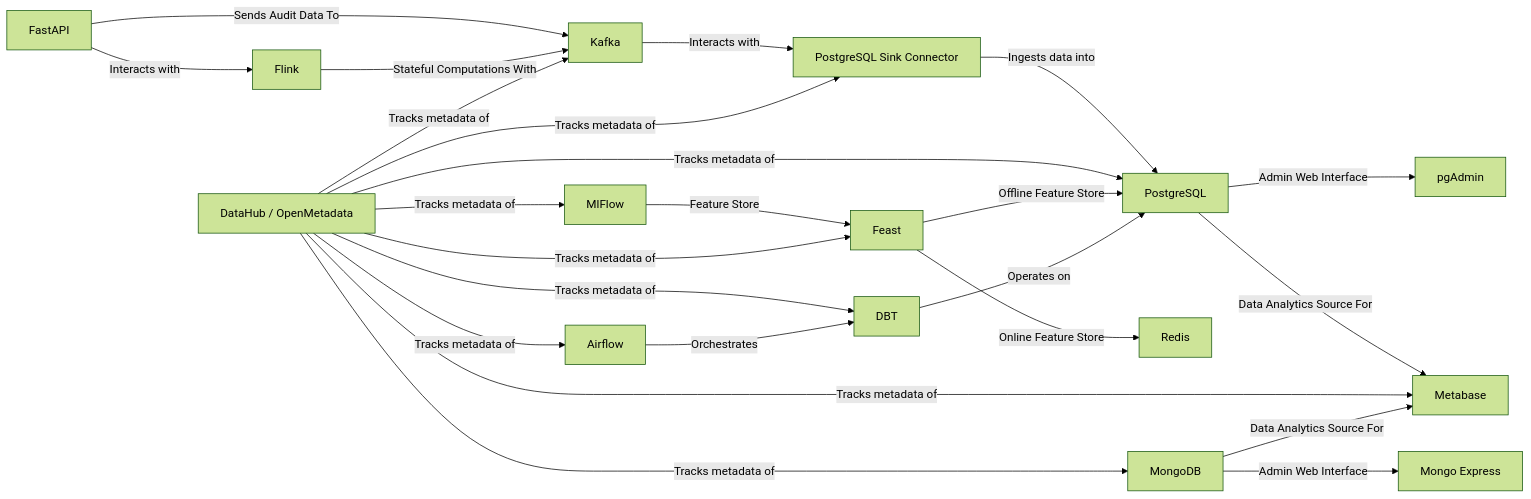
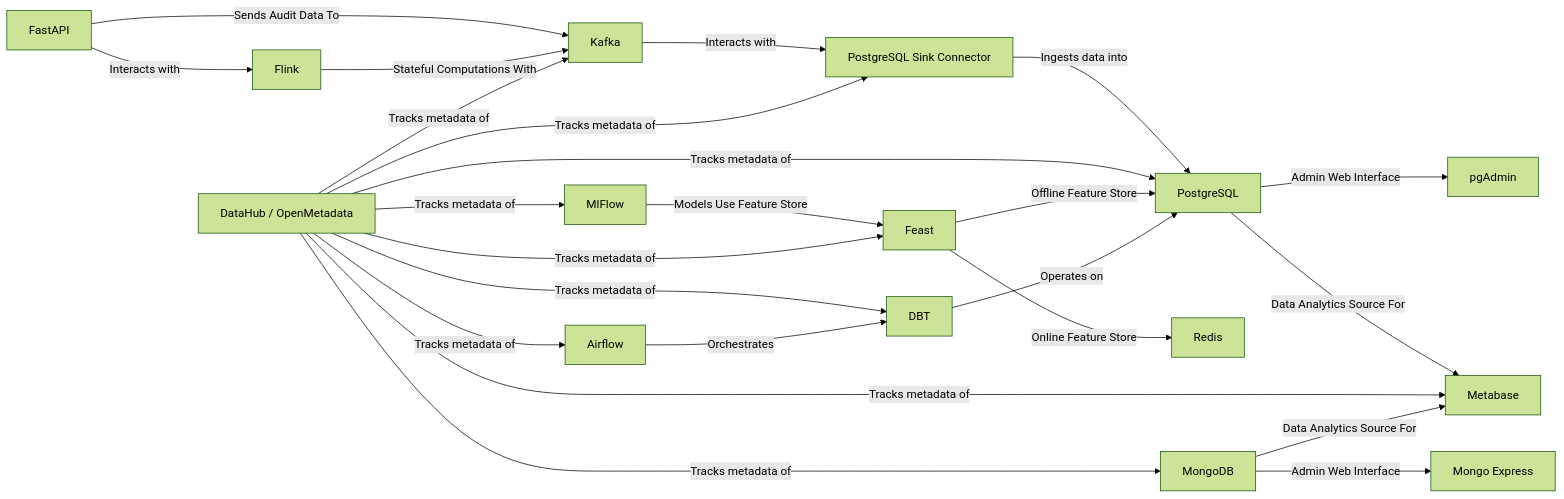
Before and after one commit to Foehammer82/tech-terrarium: the diagram in docs/README.md, drawn with Mermaid (forest theme). The commit also changed 13 other files, not shown here.

````diff
--- a/docs/README.md
+++ b/docs/README.md
@@ -30,26 +30,26 @@
 ```mermaid
 graph LR
     A[FastAPI] -->|Sends Audit Data To| B[Kafka]
     C[Flink] -->|Stateful Computations With| B
     B -->|Interacts with| D[PostgreSQL Sink Connector]
     D -->|Ingests data into| E[PostgreSQL]
     E -->|Admin Web Interface| F[pgAdmin]
     Q -->|Tracks metadata of| E
     G[Feast] -->|Offline Feature Store| E
     G -->|Online Feature Store| V[Redis]
     E -->|Data Analytics Source For| H[Metabase]
-    T[MlFlow] -->|Feature Store| G
+    T[MlFlow] -->|Models Use Feature Store| G
     Q[DataHub / OpenMetadata] -->|Tracks metadata of| I[MongoDB]
     Q -->|Tracks metadata of| H
     Q -->|Tracks metadata of| O[Airflow]
     Q -->|Tracks metadata of| T
     Q -->|Tracks metadata of| D
     Q -->|Tracks metadata of| B
     Q -->|Tracks metadata of| P[DBT]
     Q -->|Tracks metadata of| G
     O -->|Orchestrates| P
     P -->|Operates on| E
     A -->|Interacts with| C
     I -->|Admin Web Interface| J[Mongo Express]
     I -->|Data Analytics Source For| H
 ```
````
